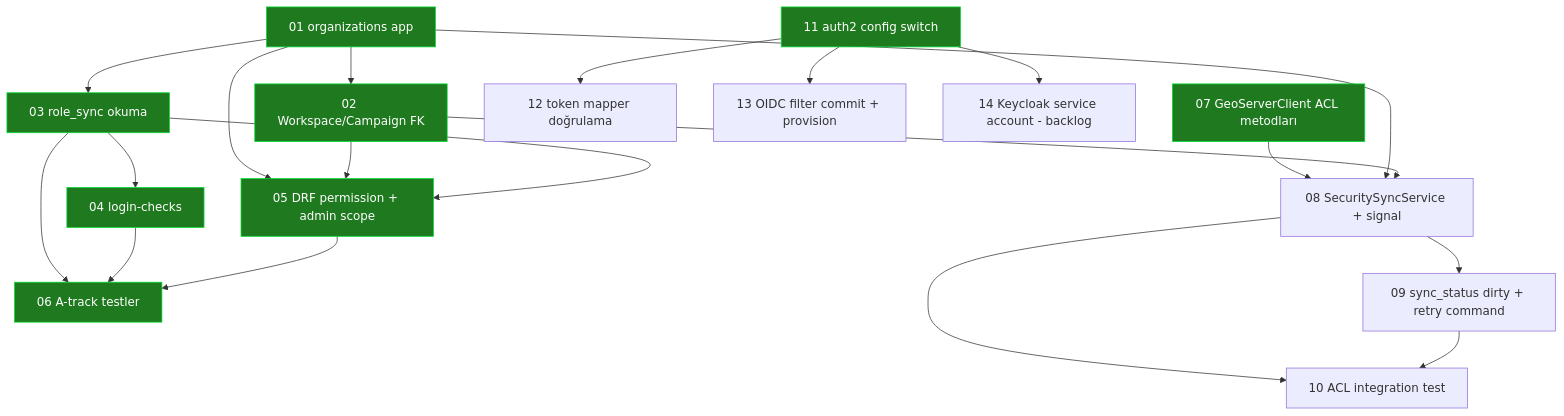
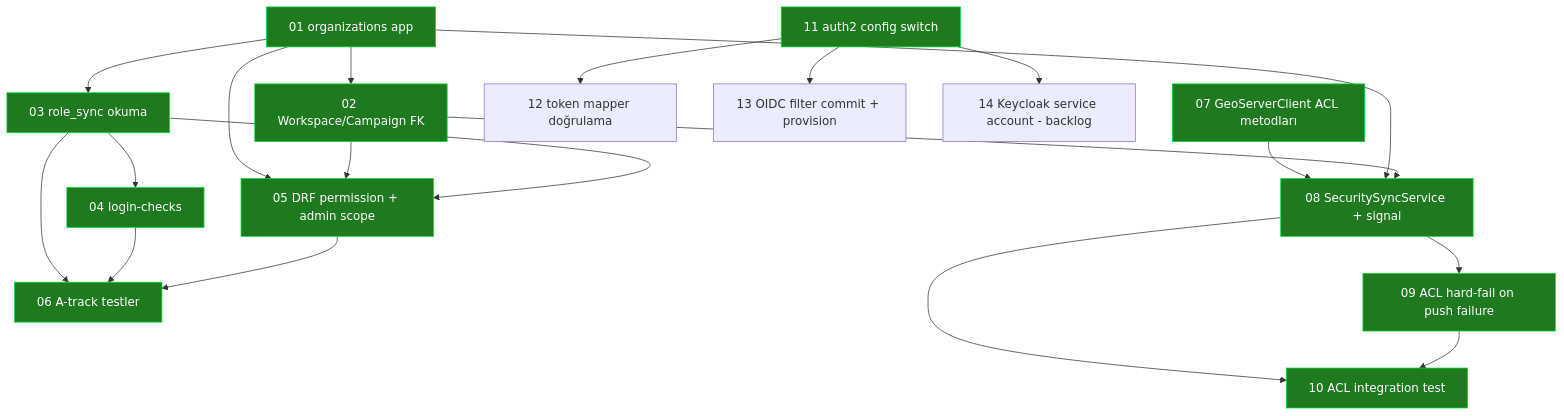
Before and after one commit to digitalcityscience/TOSCA-Backend: the diagram in docs/development/epic-11-tickets/00-README.md, drawn with Mermaid. The commit also changed other lines of this file and 9 other files, not shown here.

````diff
--- a/docs/development/epic-11-tickets/00-README.md
+++ b/docs/development/epic-11-tickets/00-README.md
@@ -50,24 +50,24 @@
 ```mermaid
 graph TD
     T01[01 organizations app] --> T02[02 Workspace/Campaign FK]
     T01 --> T03[03 role_sync okuma]
     T03 --> T04[04 login-checks]
     T01 --> T05[05 DRF permission + admin scope]
     T02 --> T05
     T03 --> T05
     T03 --> T06[06 A-track testler]
     T04 --> T06
     T05 --> T06
     T07[07 GeoServerClient ACL metodları] --> T08[08 SecuritySyncService + signal]
     T01 --> T08
     T02 --> T08
-    T08 --> T09[09 sync_status dirty + retry command]
+    T08 --> T09[09 ACL hard-fail on push failure]
     T08 --> T10[10 ACL integration test]
     T09 --> T10
     T11[11 auth2 config switch] --> T12[12 token mapper doğrulama]
     T11 --> T13[13 OIDC filter commit + provision]
     T11 --> T14[14 Keycloak service account - backlog]
 
     classDef done fill:#1f7a1f,stroke:#0d3,color:#fff;
-    class T01,T02,T03,T04,T05,T06,T07,T11 done;
+    class T01,T02,T03,T04,T05,T06,T07,T08,T09,T10,T11 done;
 ```
````
